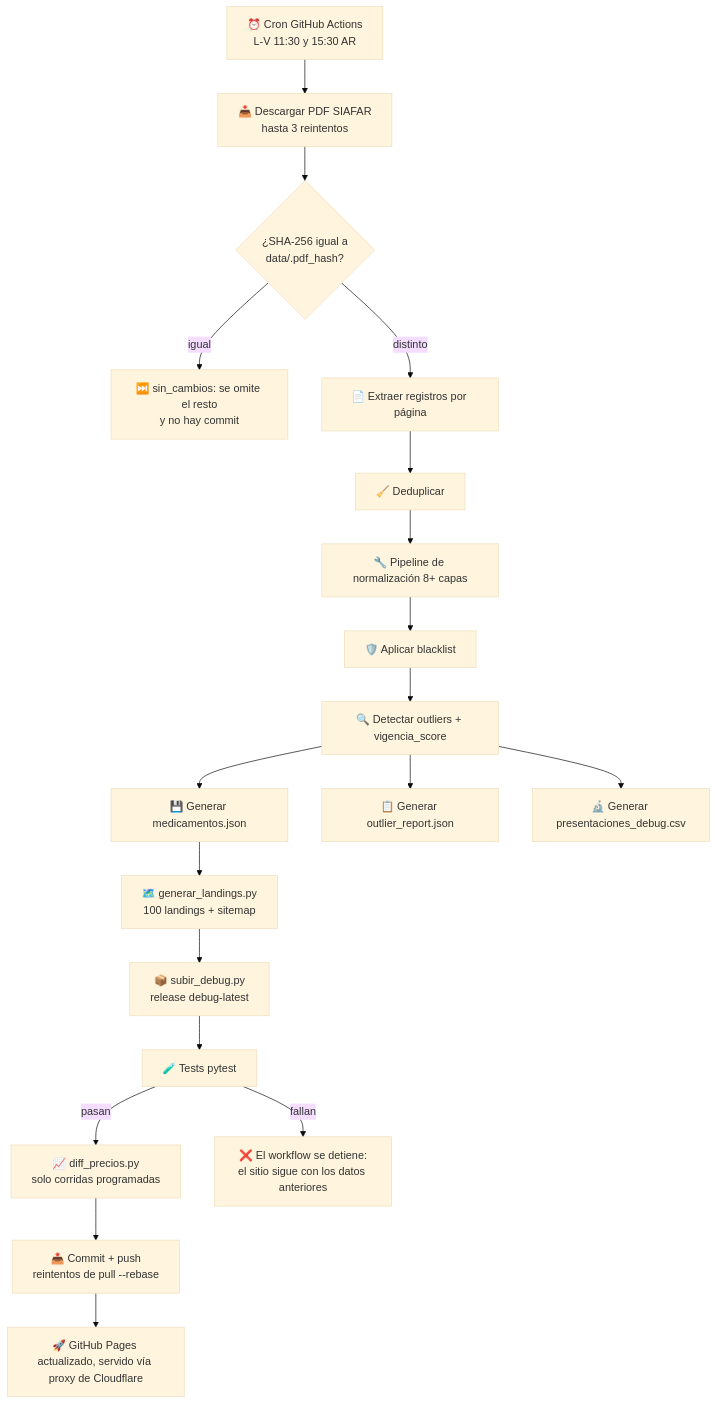
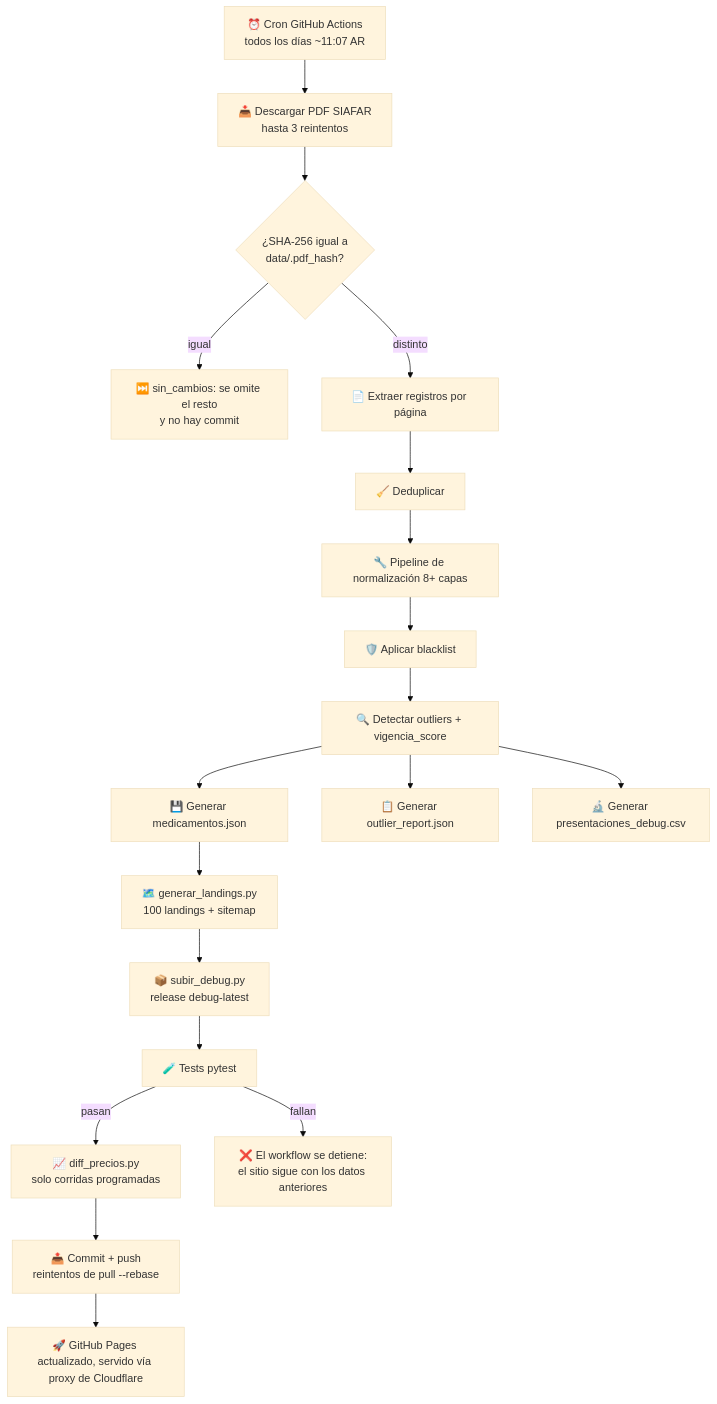
One commit to psbella/remediar changed the second of 9 diagrams in README.md. Above: the diagram before and after it, drawn with Mermaid (base theme). The commit also changed other lines of this file and 110 other files, not shown here.

Commit message:
feat(workflow): correr una vez por día, todos los días (11:07 AR), y actualizar los textos de frecuencia en landings, páginas, README y package.json

````diff
--- a/README.md
+++ b/README.md
@@ -303,34 +303,34 @@
 ```mermaid
 flowchart TD
 
-    A[⏰ Cron GitHub Actions<br/>L-V 11:30 y 15:30 AR]
+    A[⏰ Cron GitHub Actions<br/>todos los días ~11:07 AR]
     B[📥 Descargar PDF SIAFAR<br/>hasta 3 reintentos]
     HS{¿SHA-256 igual a<br/>data/.pdf_hash?}
     SK[⏭️ sin_cambios: se omite el resto<br/>y no hay commit]
     C[📄 Extraer registros por página]
     DD[🧹 Deduplicar]
     N1[🔧 Pipeline de normalización 8+ capas]
     BL[🛡️ Aplicar blacklist]
     E[🔍 Detectar outliers + vigencia_score]
     F[💾 Generar medicamentos.json]
     R[📋 Generar outlier_report.json]
     CSV[🔬 Generar presentaciones_debug.csv]
     L[🗺️ generar_landings.py<br/>100 landings + sitemap]
     DBG[📦 subir_debug.py<br/>release debug-latest]
     T[🧪 Tests pytest]
     DF[📈 diff_precios.py<br/>solo corridas programadas]
     H[📤 Commit + push<br/>reintentos de pull --rebase]
     I[🚀 GitHub Pages actualizado, servido vía proxy de Cloudflare]
 
     A --> B --> HS
     HS -- igual --> SK
     HS -- distinto --> C
     C --> DD --> N1 --> BL --> E
     E --> F
     E --> R
     E --> CSV
     F --> L --> DBG --> T
     T -- fallan --> X[❌ El workflow se detiene:<br/>el sitio sigue con los datos anteriores]
     T -- pasan --> DF --> H
     H --> I
 ```
````
